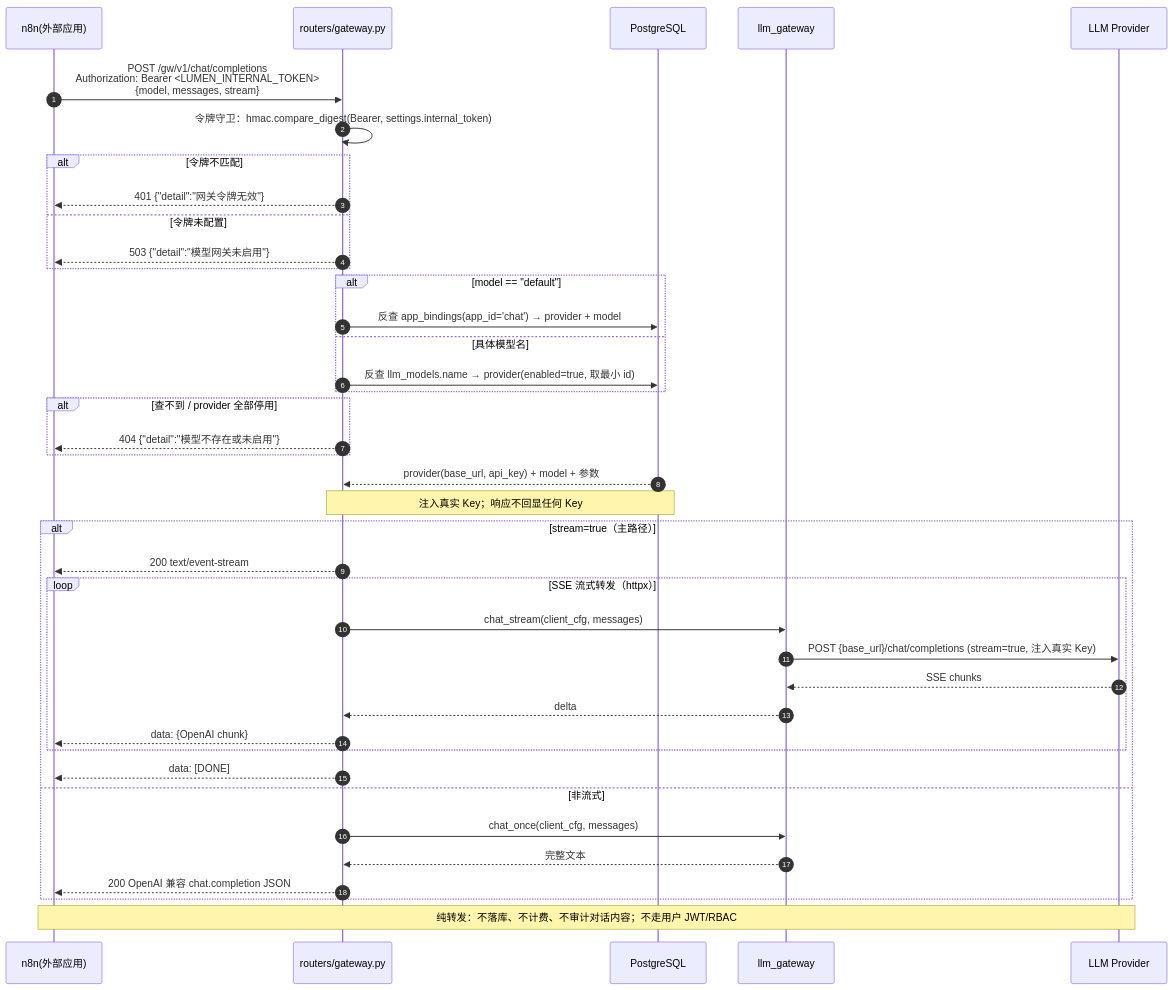
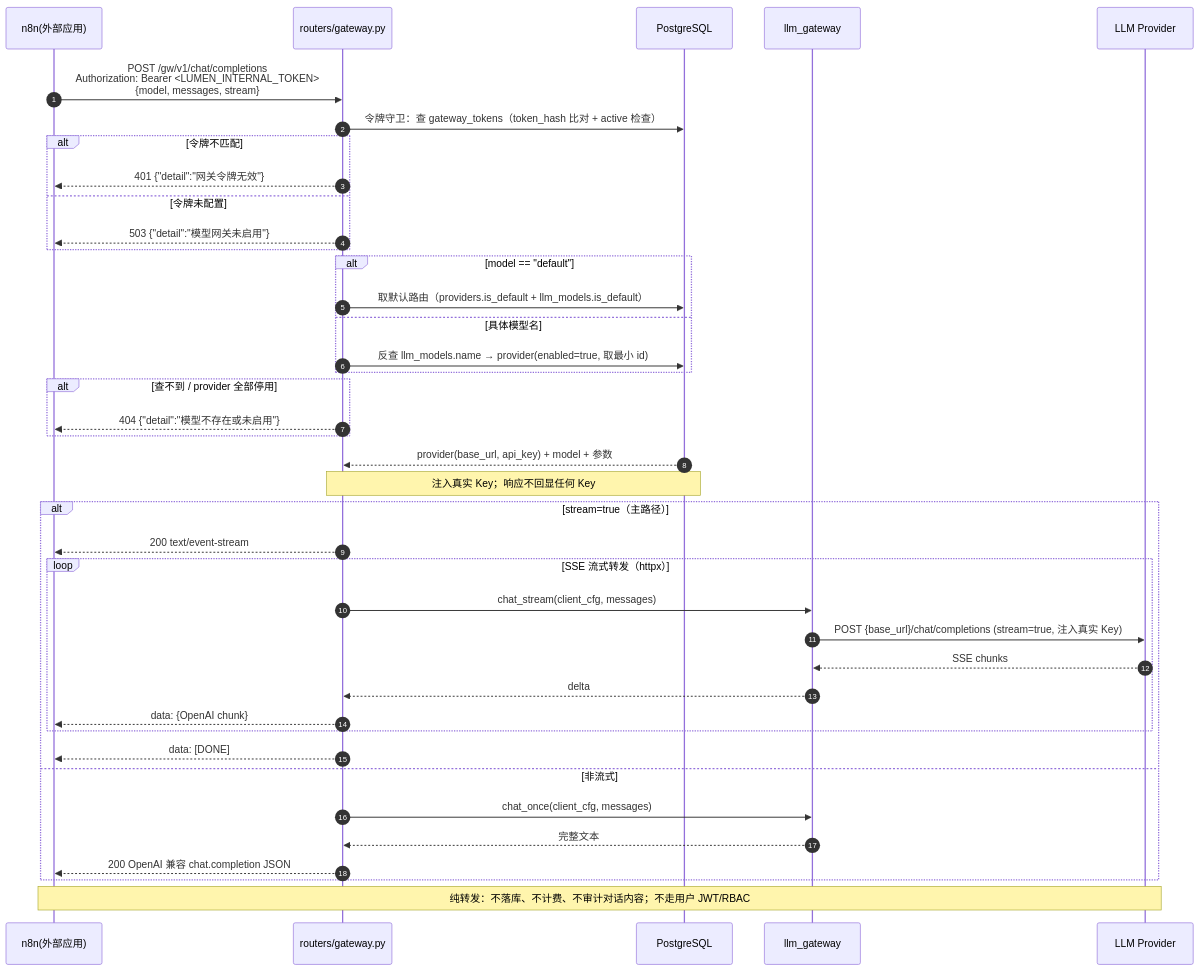
Before and after one commit to XiaoPang-Huang/lumencafe: the sixth of 7 diagrams in docs/架构设计-v1.md, drawn with Mermaid. The commit also changed other lines of this file and 8 other files, not shown here.

First line of the commit message:
docs: 协作基建（规范+项目地图）+ 产品契约修订同步

````diff
--- a/docs/架构设计-v1.md
+++ b/docs/架构设计-v1.md
@@ -765,43 +777,43 @@
 ```mermaid
 sequenceDiagram
     autonumber
     participant N as n8n(外部应用)
     participant R as routers/gateway.py
     participant D as PostgreSQL
     participant G as llm_gateway
     participant L as LLM Provider
 
     N->>R: POST /gw/v1/chat/completions<br/>Authorization: Bearer <LUMEN_INTERNAL_TOKEN><br/>{model, messages, stream}
-    R->>R: 令牌守卫：hmac.compare_digest(Bearer, settings.internal_token)
+    R->>D: 令牌守卫：查 gateway_tokens（token_hash 比对 + active 检查）
     alt 令牌不匹配
         R-->>N: 401 {"detail":"网关令牌无效"}
     else 令牌未配置
         R-->>N: 503 {"detail":"模型网关未启用"}
     end
     alt model == "default"
-        R->>D: 反查 app_bindings(app_id='chat') → provider + model
+        R->>D: 取默认路由（providers.is_default + llm_models.is_default）
     else 具体模型名
         R->>D: 反查 llm_models.name → provider(enabled=true, 取最小 id)
     end
     alt 查不到 / provider 全部停用
         R-->>N: 404 {"detail":"模型不存在或未启用"}
     end
     D-->>R: provider(base_url, api_key) + model + 参数
     Note over R,D: 注入真实 Key；响应不回显任何 Key
     alt stream=true（主路径）
         R-->>N: 200 text/event-stream
         loop SSE 流式转发（httpx）
             R->>G: chat_stream(client_cfg, messages)
             G->>L: POST {base_url}/chat/completions (stream=true, 注入真实 Key)
             L-->>G: SSE chunks
             G-->>R: delta
             R-->>N: data: {OpenAI chunk}
         end
         R-->>N: data: [DONE]
     else 非流式
         R->>G: chat_once(client_cfg, messages)
         G-->>R: 完整文本
         R-->>N: 200 OpenAI 兼容 chat.completion JSON
     end
     Note over N,L: 纯转发：不落库、不计费、不审计对话内容；不走用户 JWT/RBAC
 ```
````
